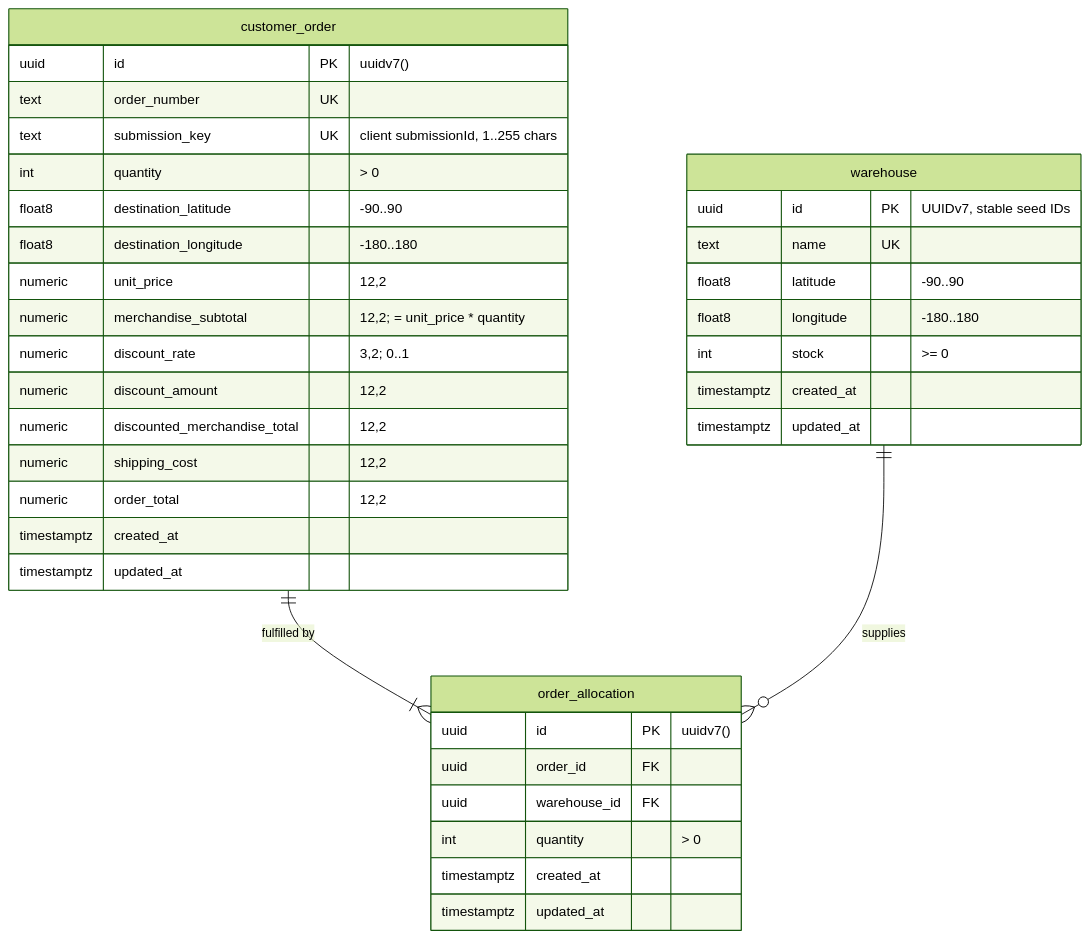
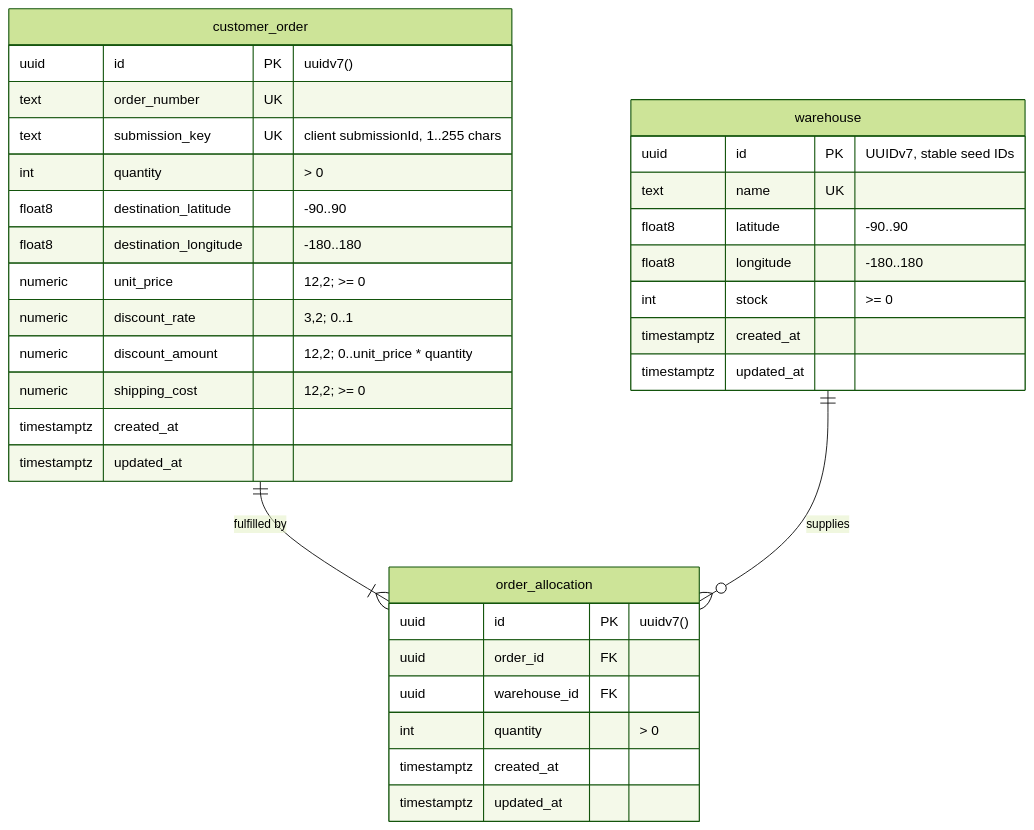
One commit to bonanaaaaaa/scos changed the diagram in docs/database-schema.md. Above: the diagram before and after it, drawn with Mermaid (forest theme). The commit also changed other lines of this file and 7 other files, not shown here.

````diff
--- a/docs/database-schema.md
+++ b/docs/database-schema.md
@@ -16,40 +16,37 @@
 ```mermaid
 erDiagram
     customer_order ||--|{ order_allocation : "fulfilled by"
     warehouse ||--o{ order_allocation : "supplies"
 
     warehouse {
         uuid id PK "UUIDv7, stable seed IDs"
         text name UK
         float8 latitude "-90..90"
         float8 longitude "-180..180"
         int stock ">= 0"
         timestamptz created_at
         timestamptz updated_at
     }
     customer_order {
         uuid id PK "uuidv7()"
         text order_number UK
         text submission_key UK "client submissionId, 1..255 chars"
         int quantity "> 0"
         float8 destination_latitude "-90..90"
         float8 destination_longitude "-180..180"
-        numeric unit_price "12,2"
-        numeric merchandise_subtotal "12,2; = unit_price * quantity"
+        numeric unit_price "12,2; >= 0"
         numeric discount_rate "3,2; 0..1"
-        numeric discount_amount "12,2"
-        numeric discounted_merchandise_total "12,2"
-        numeric shipping_cost "12,2"
-        numeric order_total "12,2"
+        numeric discount_amount "12,2; 0..unit_price * quantity"
+        numeric shipping_cost "12,2; >= 0"
         timestamptz created_at
         timestamptz updated_at
     }
     order_allocation {
         uuid id PK "uuidv7()"
         uuid order_id FK
         uuid warehouse_id FK
         int quantity "> 0"
         timestamptz created_at
         timestamptz updated_at
     }
 ```
````
